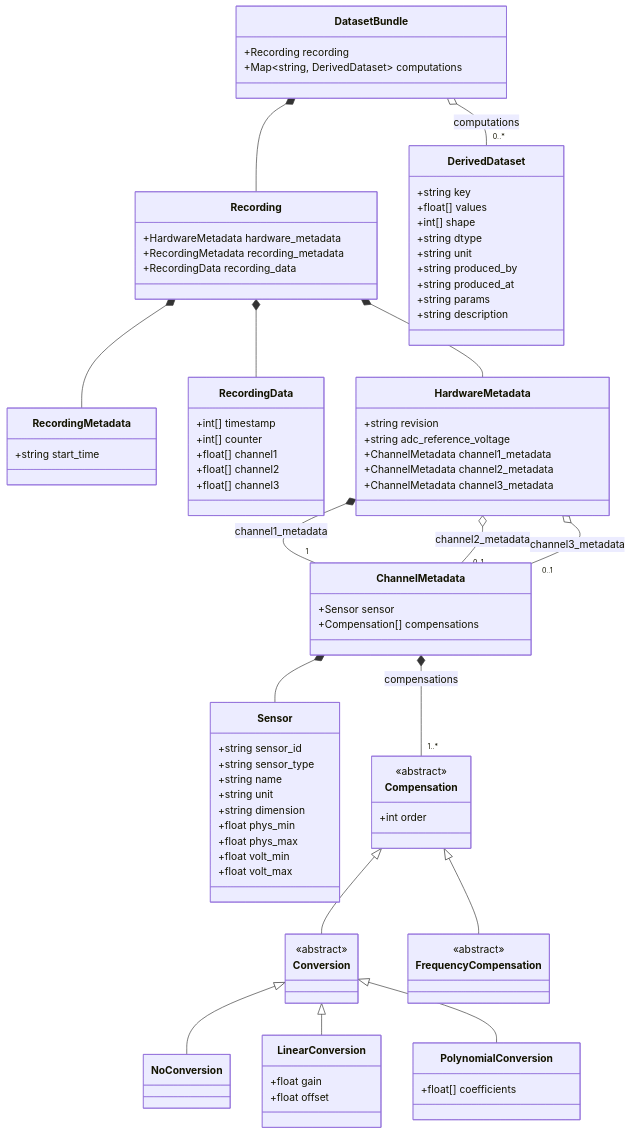
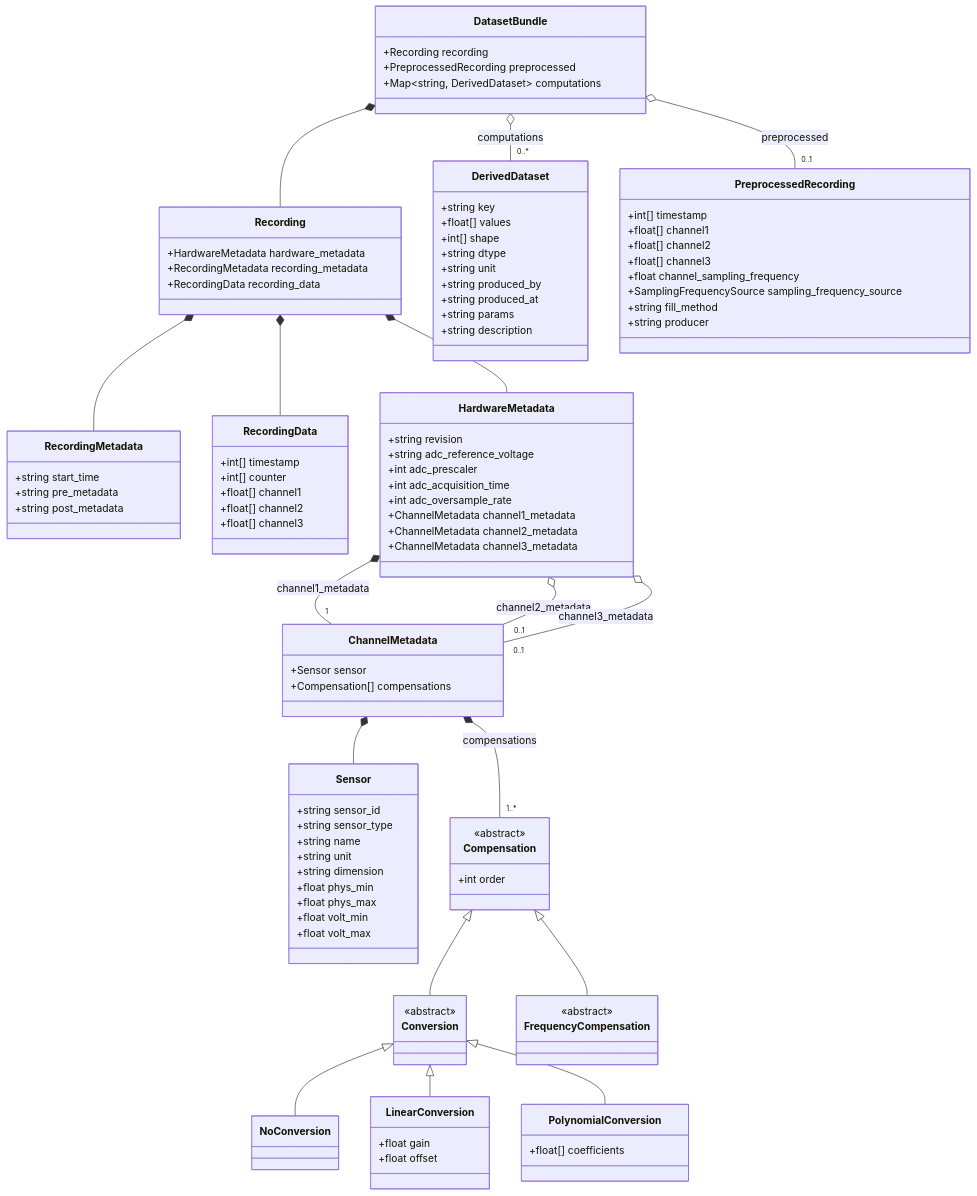
One commit to ift-tuwien/ICOschema changed the diagram in README.md. Above: the diagram before and after it, drawn with Mermaid. The commit also changed other lines of this file and 10 other files, not shown here.

Commit message:
Add preprocessed table, ADC sampling frequency and compression

````diff
--- a/README.md
+++ b/README.md
@@ -100,6 +136,8 @@
     }
     class RecordingMetadata {
         +string start_time
+        +string pre_metadata
+        +string post_metadata
     }
     class RecordingData {
         +int[] timestamp
@@ -111,6 +149,9 @@
     class HardwareMetadata {
         +string revision
         +string adc_reference_voltage
+        +int adc_prescaler
+        +int adc_acquisition_time
+        +int adc_oversample_rate
         +ChannelMetadata channel1_metadata
         +ChannelMetadata channel2_metadata
         +ChannelMetadata channel3_metadata
@@ -159,8 +200,19 @@
         +string params
         +string description
     }
+    class PreprocessedRecording {
+        +int[] timestamp
+        +float[] channel1
+        +float[] channel2
+        +float[] channel3
+        +float channel_sampling_frequency
+        +SamplingFrequencySource sampling_frequency_source
+        +string fill_method
+        +string producer
+    }
     class DatasetBundle {
         +Recording recording
+        +PreprocessedRecording preprocessed
         +Map~string, DerivedDataset~ computations
     }
 
@@ -179,5 +231,6 @@
     ChannelMetadata *-- Sensor
     ChannelMetadata *-- "1..*" Compensation : compensations
     DatasetBundle *-- Recording
+    DatasetBundle o-- "0..1" PreprocessedRecording : preprocessed
     DatasetBundle o-- "0..*" DerivedDataset : computations
 ```
````
